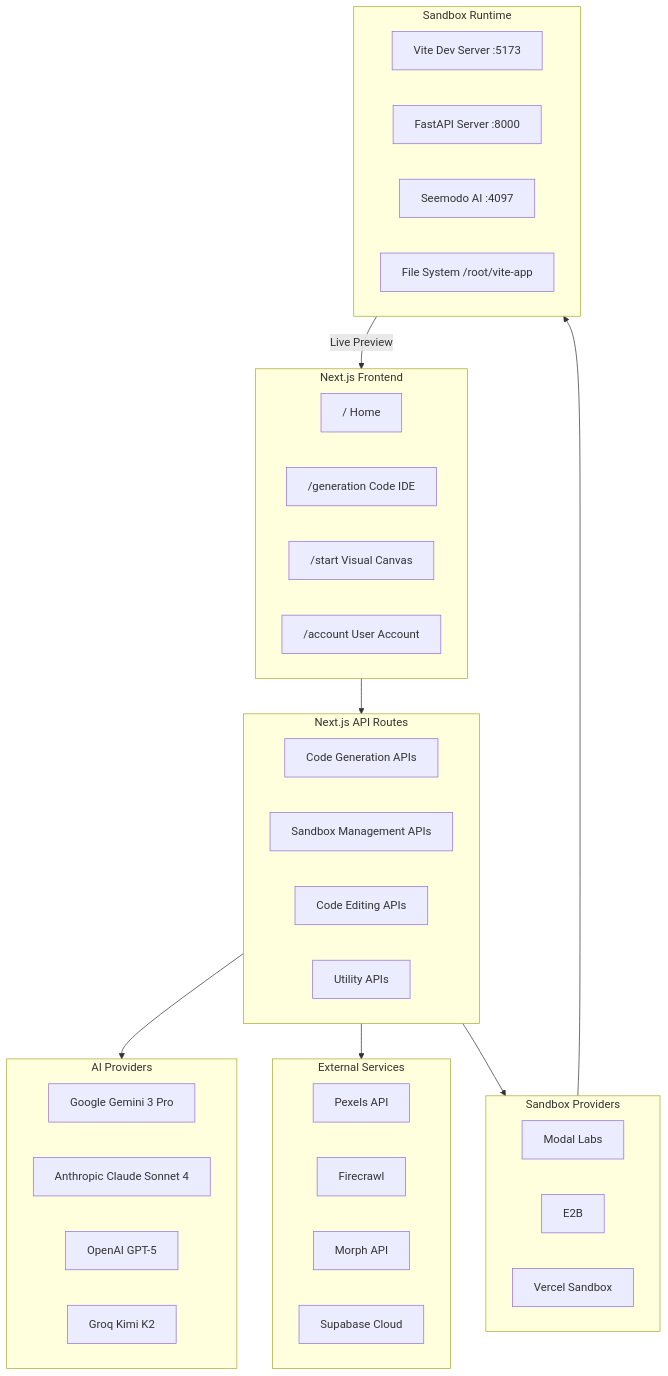
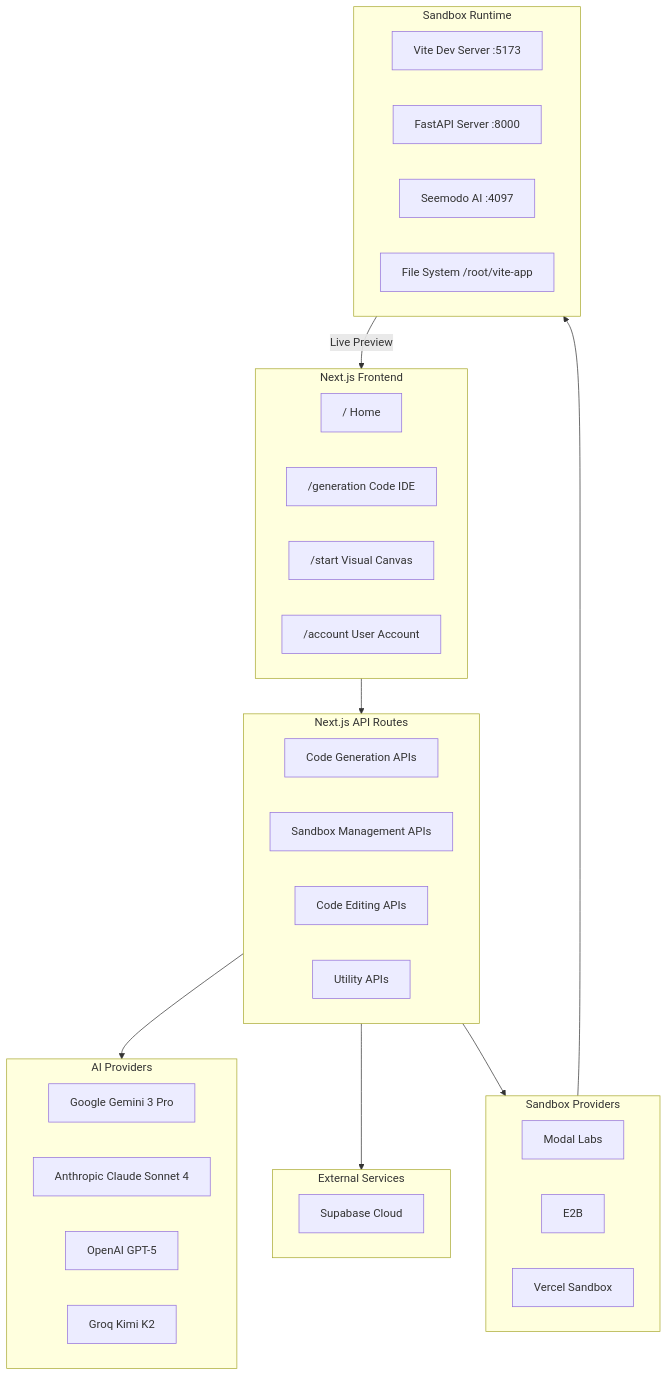
The first of 7 diagrams in seemodo/architecture.mdx (Seemodo/docs), drawn with Mermaid before and after one commit. The commit also changed other lines of this file and 14 other files, not shown here.

Commit message:
Refactor documentation to remove references to Morph API and streamline content; update API endpoint descriptions for clarity, and delete the getting started guide to enhance focus on core features.

````diff
--- a/seemodo/architecture.mdx
+++ b/seemodo/architecture.mdx
@@ -11,50 +11,47 @@
 ```mermaid
 flowchart TB
     subgraph Frontend["Next.js Frontend"]
         Home["/ Home"]
         Generation["/generation Code IDE"]
         Start["/start Visual Canvas"]
         Account["/account User Account"]
     end
 
     subgraph APIRoutes["Next.js API Routes"]
         GenAPI["Code Generation APIs"]
         SandboxAPI["Sandbox Management APIs"]
         EditAPI["Code Editing APIs"]
         UtilAPI["Utility APIs"]
     end
 
     subgraph AIProviders["AI Providers"]
         Gemini["Google Gemini 3 Pro"]
         Claude["Anthropic Claude Sonnet 4"]
         GPT["OpenAI GPT-5"]
         Kimi["Groq Kimi K2"]
     end
 
     subgraph Services["External Services"]
-        Pexels["Pexels API"]
-        Firecrawl["Firecrawl"]
-        Morph["Morph API"]
         Supabase["Supabase Cloud"]
     end
 
     subgraph SandboxProviders["Sandbox Providers"]
         Modal["Modal Labs"]
         E2B["E2B"]
         Vercel["Vercel Sandbox"]
     end
 
     subgraph SandboxRuntime["Sandbox Runtime"]
         Vite["Vite Dev Server :5173"]
         FastAPI["FastAPI Server :8000"]
         SeemodAI["Seemodo AI :4097"]
         FileSystem["File System /root/vite-app"]
     end
 
     Frontend --> APIRoutes
     APIRoutes --> AIProviders
     APIRoutes --> Services
     APIRoutes --> SandboxProviders
     SandboxProviders --> SandboxRuntime
     SandboxRuntime --> |Live Preview| Frontend
 ```
````
